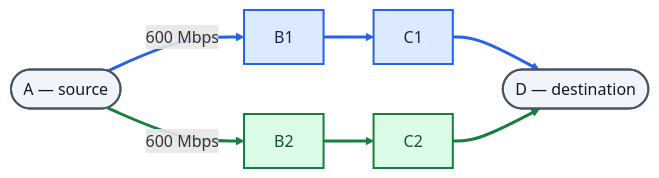
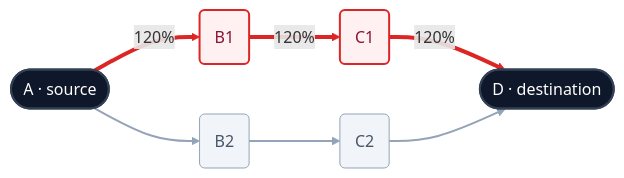
Before and after one commit to dan-voyer/IETF-Hackathon: the first of 3 diagrams in AINETOPS-IETF127-Hackathon.md, drawn with Mermaid. The commit also changed other lines of this file, not shown here.

Commit message:
Show reported lab utilization in before-and-after topology diagrams

````diff
--- a/AINETOPS-IETF127-Hackathon.md
+++ b/AINETOPS-IETF127-Hackathon.md
@@ -63,18 +83,18 @@
 ```mermaid
 flowchart LR
-    A(["A — source"]) -->|"600 Mbps"| B1["B1"]
-    B1 --> C1["C1"]
-    C1 --> D(["D — destination"])
-    A -->|"600 Mbps"| B2["B2"]
-    B2 --> C2["C2"]
+    A(["A · source"]) -->|"120%"| B1("B1")
+    B1 -->|"120%"| C1("C1")
+    C1 -->|"120%"| D(["D · destination"])
+    A --> B2("B2")
+    B2 --> C2("C2")
     C2 --> D
 
-    classDef endpoint fill:#f1f5f9,stroke:#475569,color:#0f172a,stroke-width:2px
-    classDef upper fill:#dbeafe,stroke:#2563eb,color:#172554,stroke-width:2px
-    classDef lower fill:#dcfce7,stroke:#15803d,color:#14532d,stroke-width:2px
+    classDef endpoint fill:#0f172a,stroke:#334155,color:#ffffff,stroke-width:2px
+    classDef overloaded fill:#fff1f2,stroke:#dc2626,color:#881337,stroke-width:2px
+    classDef unreported fill:#f1f5f9,stroke:#94a3b8,color:#475569,stroke-width:1px
     class A,D endpoint
-    class B1,C1 upper
-    class B2,C2 lower
-    linkStyle 0,1,2 stroke:#2563eb,stroke-width:3px
-    linkStyle 3,4,5 stroke:#15803d,stroke-width:3px
+    class B1,C1 overloaded
+    class B2,C2 unreported
+    linkStyle 0,1,2 stroke:#dc2626,stroke-width:4px
+    linkStyle 3,4,5 stroke:#94a3b8,stroke-width:2px
 ```
````
